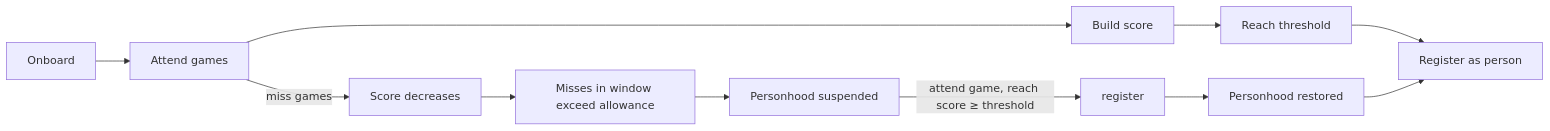
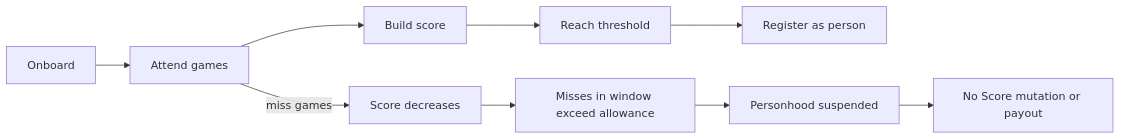
One commit to dhiway/cord changed the first of 2 diagrams in origin/orbis/pallets/score/README.md. Above: the diagram before and after it, drawn with Mermaid. The commit also changed other lines of this file and 56 other files, not shown here.

````diff
--- a/origin/orbis/pallets/score/README.md
+++ b/origin/orbis/pallets/score/README.md
@@ -30,13 +39,11 @@
 ```mermaid
 graph LR
     A[Onboard] --> B[Attend games]
     B --> C[Build score]
     C --> D[Reach threshold]
     D --> E[Register as person]
     B -- miss games --> G[Score decreases]
     G --> H[Misses in window exceed allowance]
     H --> I[Personhood suspended]
-    I -- attend game, reach score ≥ threshold --> J[register]
-    J --> K[Personhood restored]
-    K --> E
+	I --> L[No Score mutation or payout]
 ```
````
